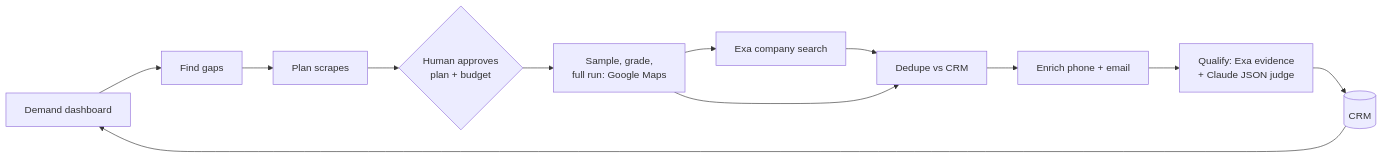
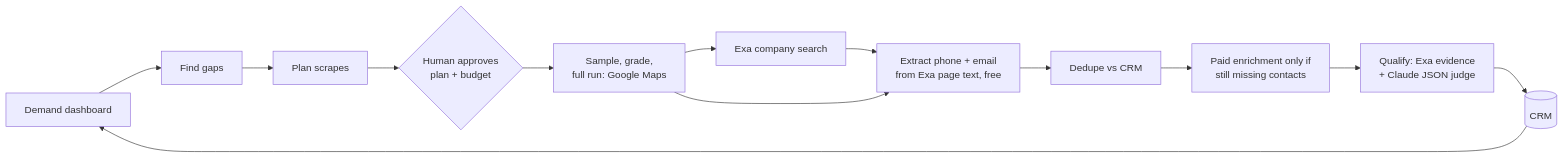
One commit to austinsolomon/applied_AI_portfolio changed the diagram in p1_leadgen_pipeline_hardened_agent/README.md. Above: the diagram before and after it, drawn with Mermaid. The commit also changed other lines of this file and 7 other files, not shown here.

First line of the commit message:
feat(p1): extract contacts from Exa page text before dedupe

````diff
--- a/p1_leadgen_pipeline_hardened_agent/README.md
+++ b/p1_leadgen_pipeline_hardened_agent/README.md
@@ -22,14 +22,15 @@
 ```mermaid
 flowchart LR
     D[Demand dashboard] --> G[Find gaps]
     G --> P[Plan scrapes]
     P --> A{Human approves<br/>plan + budget}
     A --> S[Sample, grade,<br/>full run: Google Maps]
     S --> X[Exa company search]
-    X --> DD[Dedupe vs CRM]
-    S --> DD
-    DD --> E[Enrich phone + email]
+    X --> XC[Extract phone + email<br/>from Exa page text, free]
+    S --> XC
+    XC --> DD[Dedupe vs CRM]
+    DD --> E[Paid enrichment only if<br/>still missing contacts]
     E --> Q[Qualify: Exa evidence<br/>+ Claude JSON judge]
     Q --> C[(CRM)]
     C --> D
 ```
````
